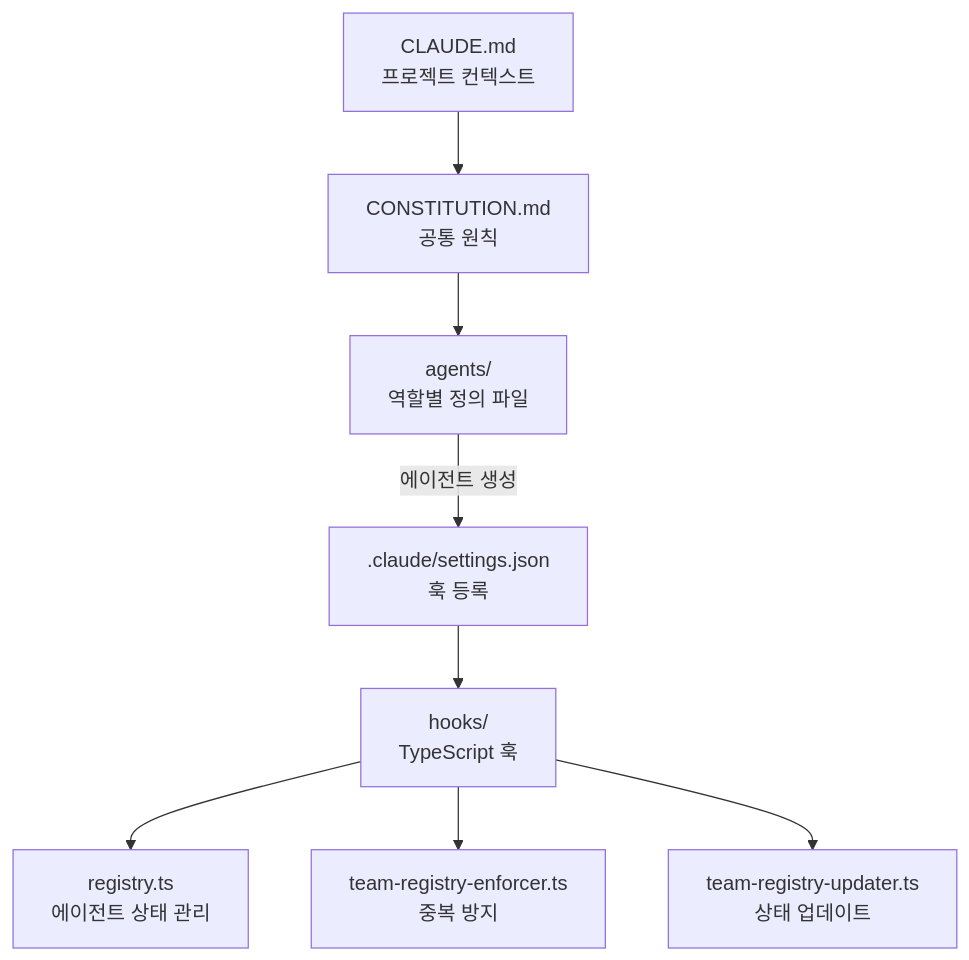
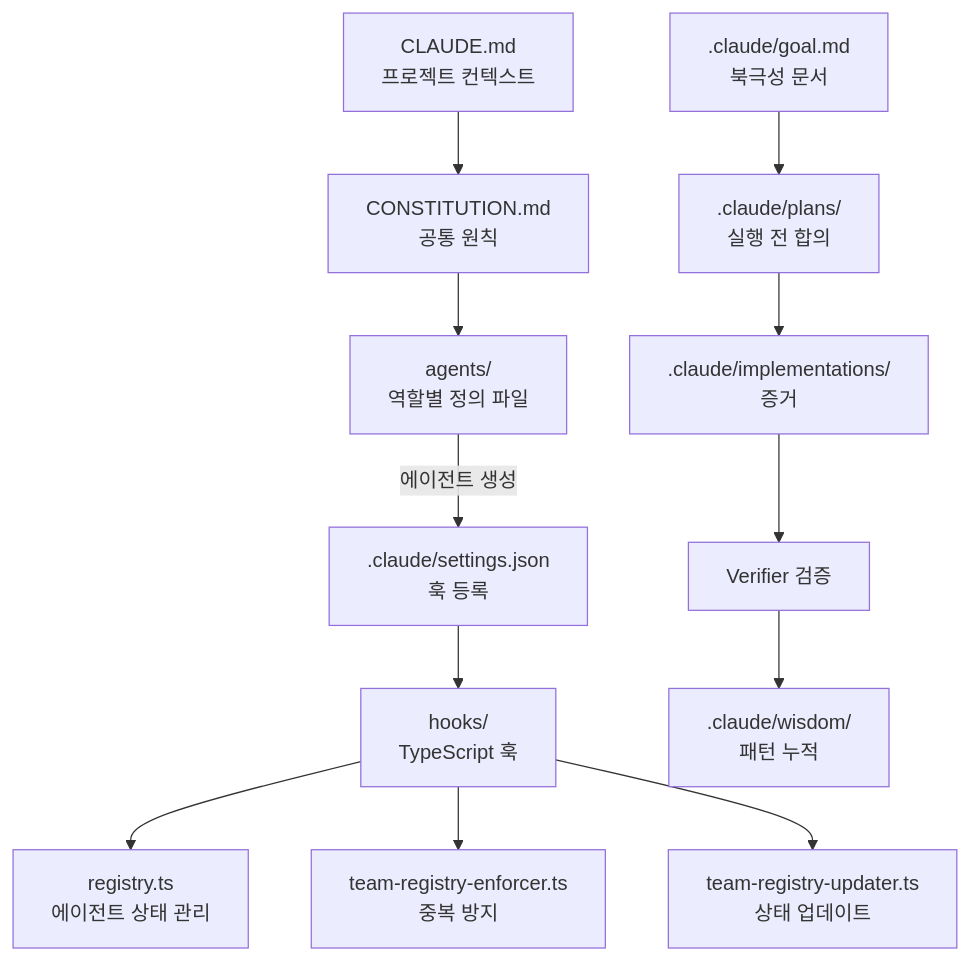
One commit to hobeen-kim/hobeen-kim.github.io changed the first of 3 diagrams in docs/_study/ai-agent-workflow/08-scaffold.md. Above: the diagram before and after it, drawn with Mermaid. The commit also changed other lines of this file and 1 other file, not shown here.

````diff
--- a/docs/_study/ai-agent-workflow/08-scaffold.md
+++ b/docs/_study/ai-agent-workflow/08-scaffold.md
@@ -38,12 +44,17 @@
 ```mermaid
 flowchart TD
     CM[CLAUDE.md<br>프로젝트 컨텍스트] --> CO[CONSTITUTION.md<br>공통 원칙]
     CO --> AG[agents/<br>역할별 정의 파일]
 
     CS[.claude/settings.json<br>훅 등록] --> HK[hooks/<br>TypeScript 훅]
     HK --> RE[registry.ts<br>에이전트 상태 관리]
     HK --> EN[team-registry-enforcer.ts<br>중복 방지]
     HK --> UP[team-registry-updater.ts<br>상태 업데이트]
 
     AG -->|에이전트 생성| CS
+
+    GOAL[.claude/goal.md<br>북극성 문서] --> PLANS[.claude/plans/<br>실행 전 합의]
+    PLANS --> IMPL[.claude/implementations/<br>증거]
+    IMPL --> VER[Verifier 검증]
+    VER --> WISD[.claude/wisdom/<br>패턴 누적]
 ```
````
